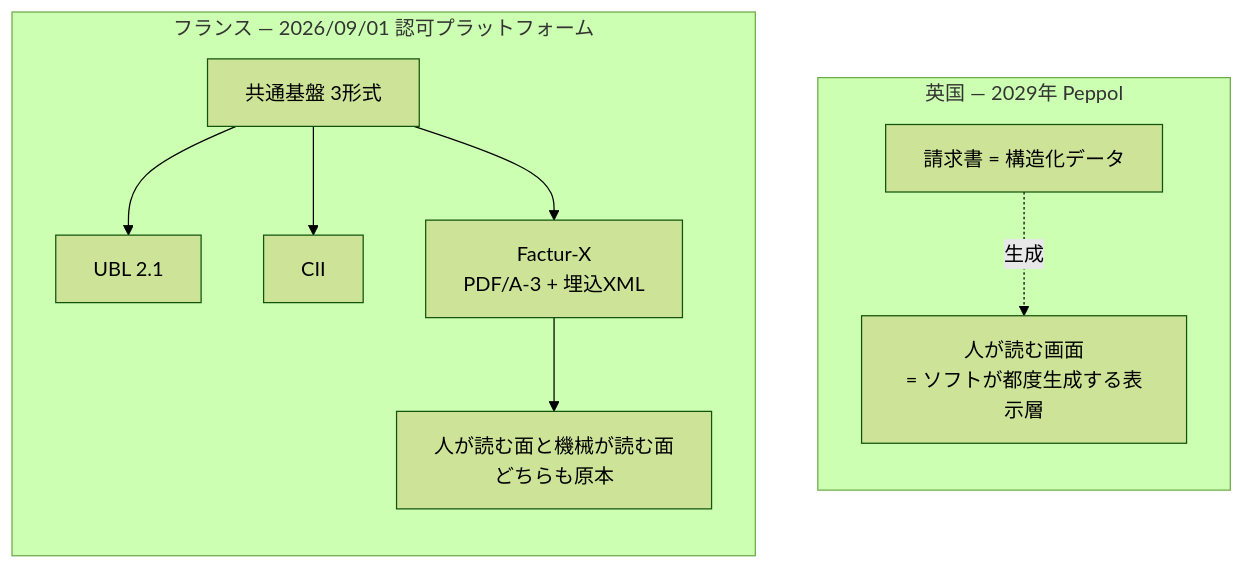
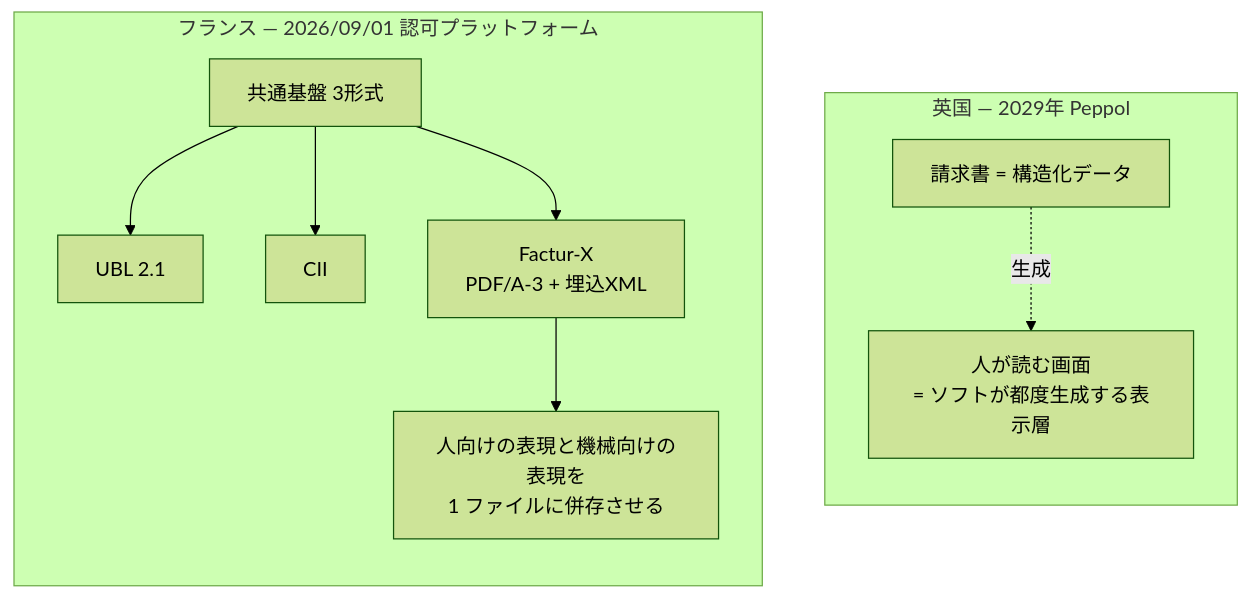
One commit to shuji-bonji/zenn-articles changed the first of 5 diagrams in articles/facturx-pdfa3-uk-france-einvoicing.md. Above: the diagram before and after it, drawn with Mermaid (forest theme). The commit also changed other lines of this file, not shown here.

````diff
--- a/articles/facturx-pdfa3-uk-france-einvoicing.md
+++ b/articles/facturx-pdfa3-uk-france-einvoicing.md
@@ -110,20 +112,20 @@
 ```mermaid
 flowchart TB
     subgraph UK["英国 — 2029年 Peppol"]
         direction TB
         U1["請求書 = 構造化データ"]
         U2["人が読む画面<br/>= ソフトが都度生成する表示層"]
         U1 -.生成.-> U2
     end
     subgraph FR["フランス — 2026/09/01 認可プラットフォーム"]
         direction TB
         F0["共通基盤 3形式"]
         F1["UBL 2.1"]
         F2["CII"]
         F3["Factur-X<br/>PDF/A-3 + 埋込XML"]
         F0 --> F1
         F0 --> F2
         F0 --> F3
-        F3 --> F4["人が読む面と機械が読む面<br/>どちらも原本"]
+        F3 --> F4["人向けの表現と機械向けの表現を<br/>1 ファイルに併存させる"]
     end
 ```
````
